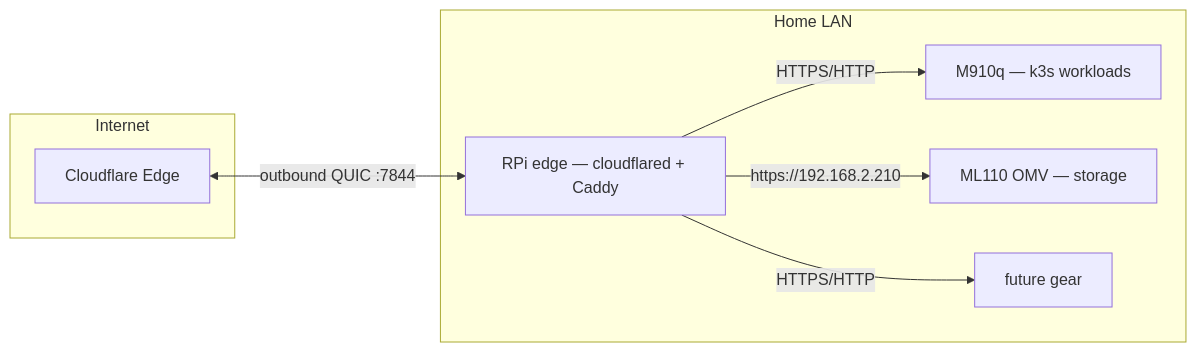
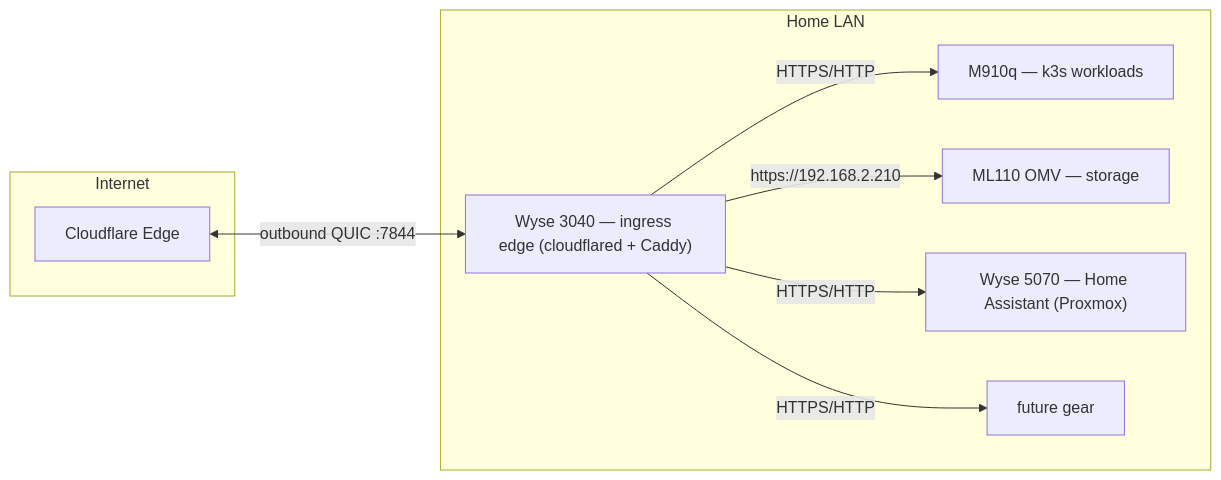
The diagram in docs/ideas/04-edge-device-tunnel-caddy.md (jaroslaw-bagnicki/Homelab), drawn with Mermaid before and after one commit.

Commit message:
(docs) idea 04 diagram: Wyse 3040 ingress edge + Wyse 5070 Home Assistant

````diff
--- a/docs/ideas/04-edge-device-tunnel-caddy.md
+++ b/docs/ideas/04-edge-device-tunnel-caddy.md
@@ -40,16 +40,18 @@
 ```mermaid
 flowchart LR
     subgraph Internet["Internet"]
         CF["Cloudflare Edge"]
     end
     subgraph LAN["Home LAN"]
-        RPi["RPi edge — cloudflared + Caddy"]
+        W3040["Wyse 3040 — ingress edge (cloudflared + Caddy)"]
         M910q["M910q — k3s workloads"]
         OMV["ML110 OMV — storage"]
+        W5070["Wyse 5070 — Home Assistant (Proxmox)"]
         FUT["future gear"]
     end
-    CF <-- "outbound QUIC :7844" --> RPi
-    RPi -- "HTTPS/HTTP" --> M910q
-    RPi -- "https://192.168.2.210" --> OMV
-    RPi -- "HTTPS/HTTP" --> FUT
+    CF <-- "outbound QUIC :7844" --> W3040
+    W3040 -- "HTTPS/HTTP" --> M910q
+    W3040 -- "https://192.168.2.210" --> OMV
+    W3040 -- "HTTPS/HTTP" --> W5070
+    W3040 -- "HTTPS/HTTP" --> FUT
 ```
````
